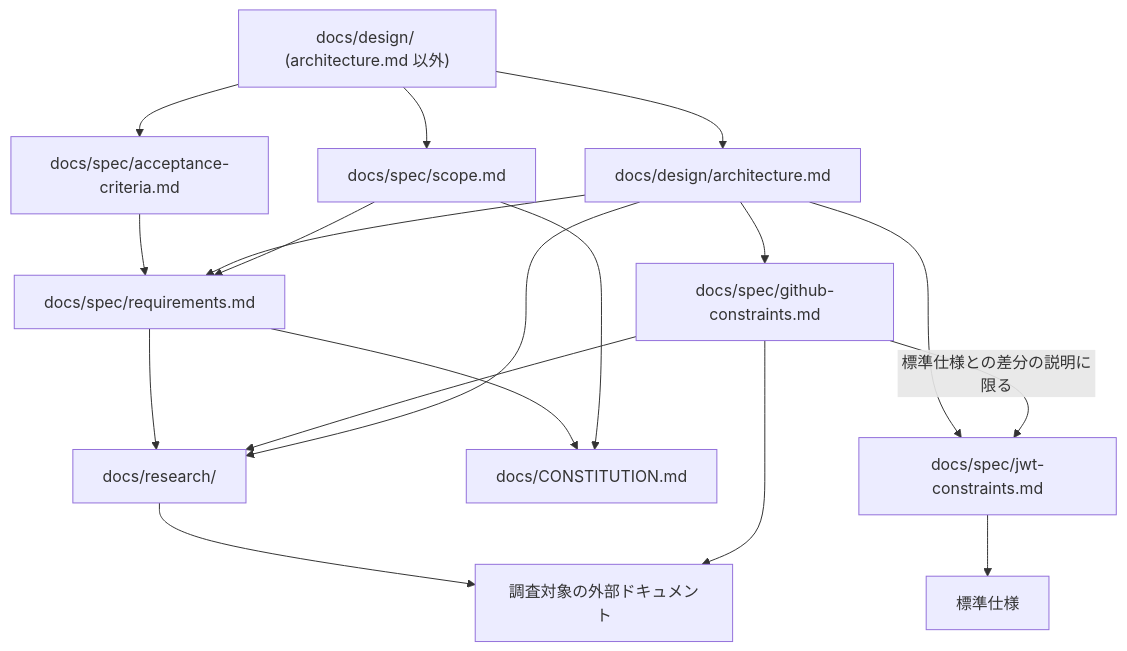
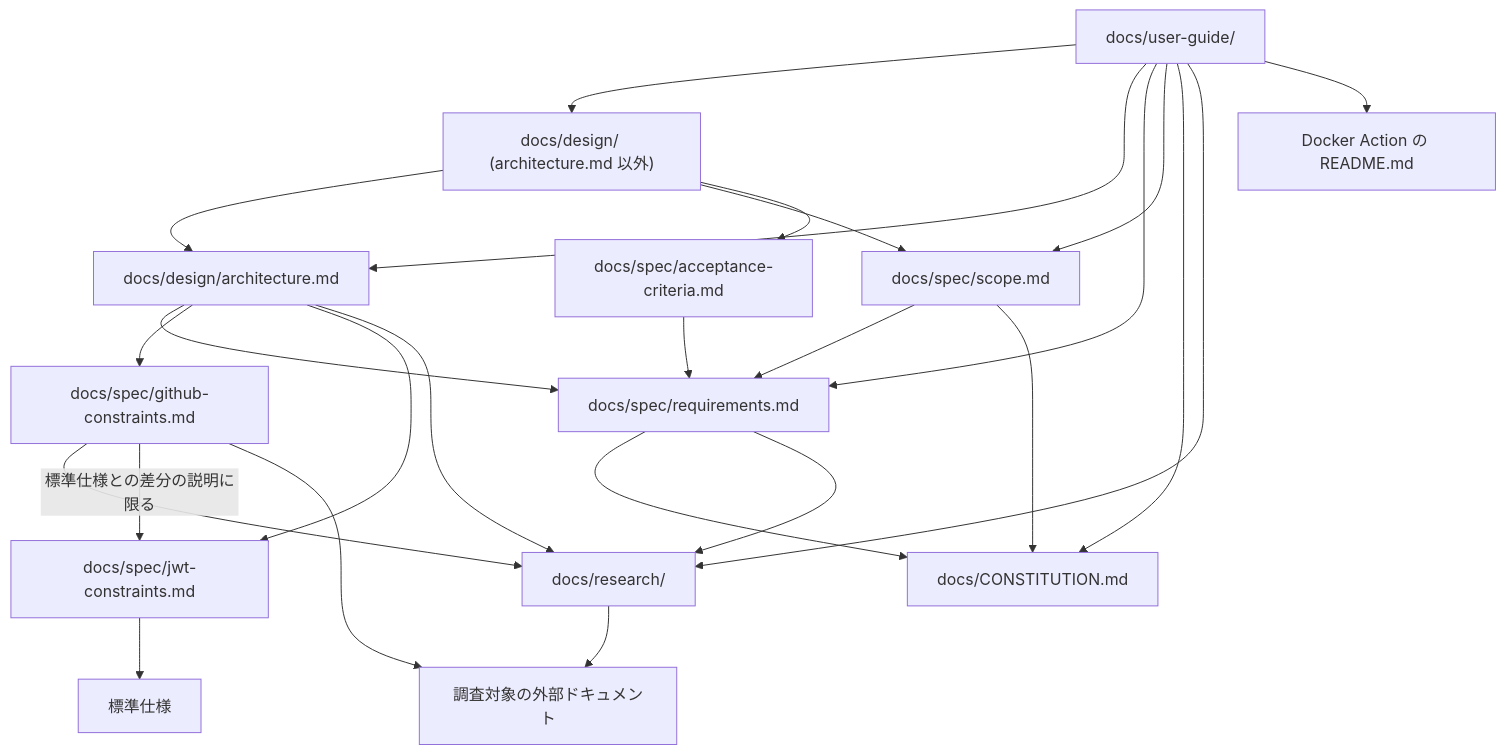
Before and after one commit to tmknom/gates: the first of 3 diagrams in docs/contributing/docs-policy.md, drawn with Mermaid. The commit also changed other lines of this file and 4 other files, not shown here.

First line of the commit message:
docs(user-guide): add user guide with overview and dependency rules

````diff
--- a/docs/contributing/docs-policy.md
+++ b/docs/contributing/docs-policy.md
@@ -25,20 +25,27 @@
 ```mermaid
 flowchart TD
     design["docs/design/ (architecture.md 以外)"] --> architecture["docs/design/architecture.md"]
     design --> scope["docs/spec/scope.md"]
     design --> acceptance["docs/spec/acceptance-criteria.md"]
     acceptance --> requirements
     architecture --> requirements["docs/spec/requirements.md"]
     architecture --> github["docs/spec/github-constraints.md"]
     architecture --> jwt["docs/spec/jwt-constraints.md"]
     scope --> requirements
     requirements --> constitution["docs/CONSTITUTION.md"]
     scope --> constitution
     requirements --> research["docs/research/"]
     github --> research
     github -->|標準仕様との差分の説明に限る| jwt
     architecture --> research
     jwt --> standards["標準仕様"]
     research --> external["調査対象の外部ドキュメント"]
     github --> external
+    guide["docs/user-guide/"] --> design
+    guide --> architecture
+    guide --> requirements
+    guide --> scope
+    guide --> constitution
+    guide --> research
+    guide --> action["Docker Action の README.md"]
 ```
````
